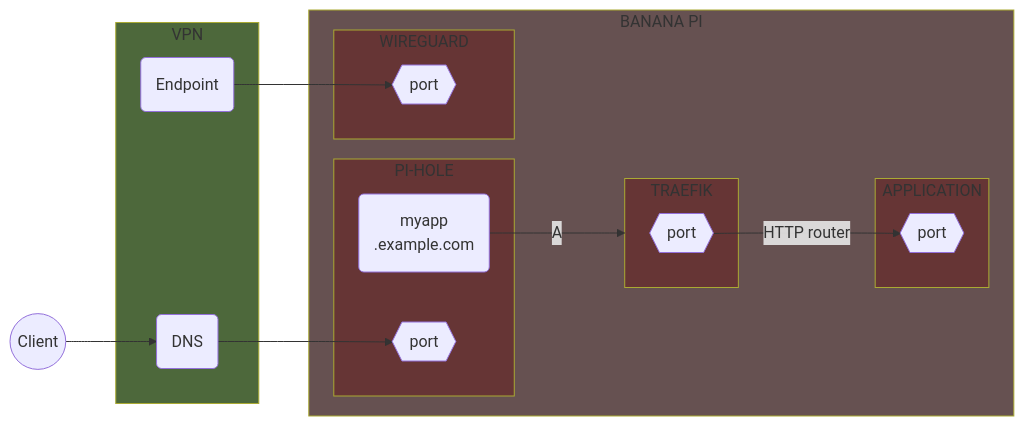
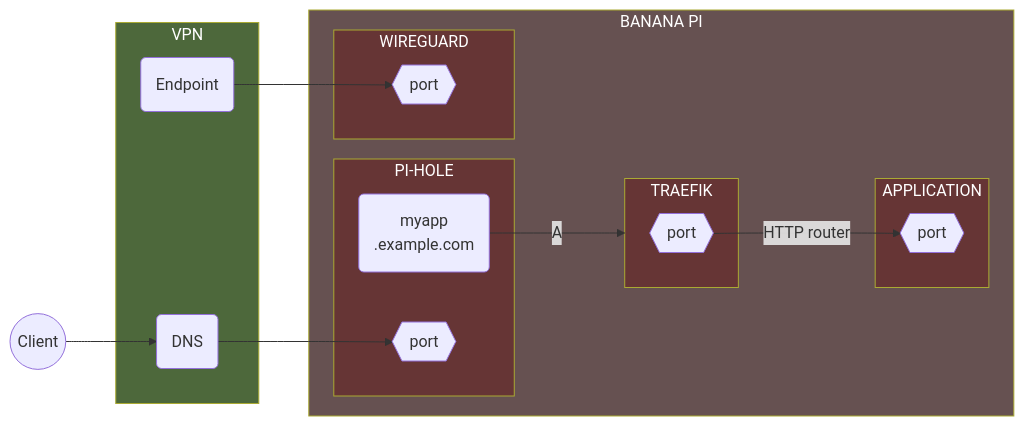
One commit to Yann39/self-hosted changed the third of 19 diagrams in README.md. Above: the diagram before and after it, drawn with Mermaid. The commit also changed other lines of this file, not shown here.

Commit message:
force white text on dark background on every mermaid diagram, so it is readable in light mode

````diff
--- a/README.md
+++ b/README.md
@@ -739,47 +739,47 @@
 ```mermaid
 flowchart LR
-    style VPN fill: #4d683b
-    style TRAEFIK_CONTAINER fill: #663535
-    style PI_HOLE fill: #663535
-    style APPLICATION fill: #663535
-    style WIREGUARD fill: #663535
-    style SINGLE_BOARD_COMPUTER fill: #665151
+    style VPN fill:#4d683b,color:#fff
+    style TRAEFIK_CONTAINER fill:#663535,color:#fff
+    style PI_HOLE fill:#663535,color:#fff
+    style APPLICATION fill:#663535,color:#fff
+    style WIREGUARD fill:#663535,color:#fff
+    style SINGLE_BOARD_COMPUTER fill:#665151,color:#fff
     CLIENT((Client))
     VPN_CLIENT(DNS)
     VPN_ENDPOINT(Endpoint)
     PIHOLE_DNS_MYAPP(myapp\n.example.com)
     DOCKER_TRAEFIK_PORT{{port}}
     APPLICATION_PORT{{port}}
     WIREGUARD_PORT{{port}}
     PIHOLE_DNS{{port}}
 
     subgraph VPN[VPN]
         VPN_CLIENT
         VPN_ENDPOINT
     end
 
     subgraph SINGLE_BOARD_COMPUTER[BANANA PI]
         subgraph PI_HOLE[PI-HOLE]
             PIHOLE_DNS
             PIHOLE_DNS_MYAPP
         end
 
         subgraph TRAEFIK_CONTAINER[TRAEFIK]
             DOCKER_TRAEFIK_PORT
         end
 
         subgraph APPLICATION[APPLICATION]
             APPLICATION_PORT
         end
 
         subgraph WIREGUARD[WIREGUARD]
             WIREGUARD_PORT
         end
     end
 
     VPN_ENDPOINT --> WIREGUARD_PORT
     CLIENT --> VPN_CLIENT
     VPN_CLIENT --> PIHOLE_DNS
     PIHOLE_DNS_MYAPP --->|A| TRAEFIK_CONTAINER
     DOCKER_TRAEFIK_PORT -->|HTTP router| APPLICATION_PORT
 ```
````
